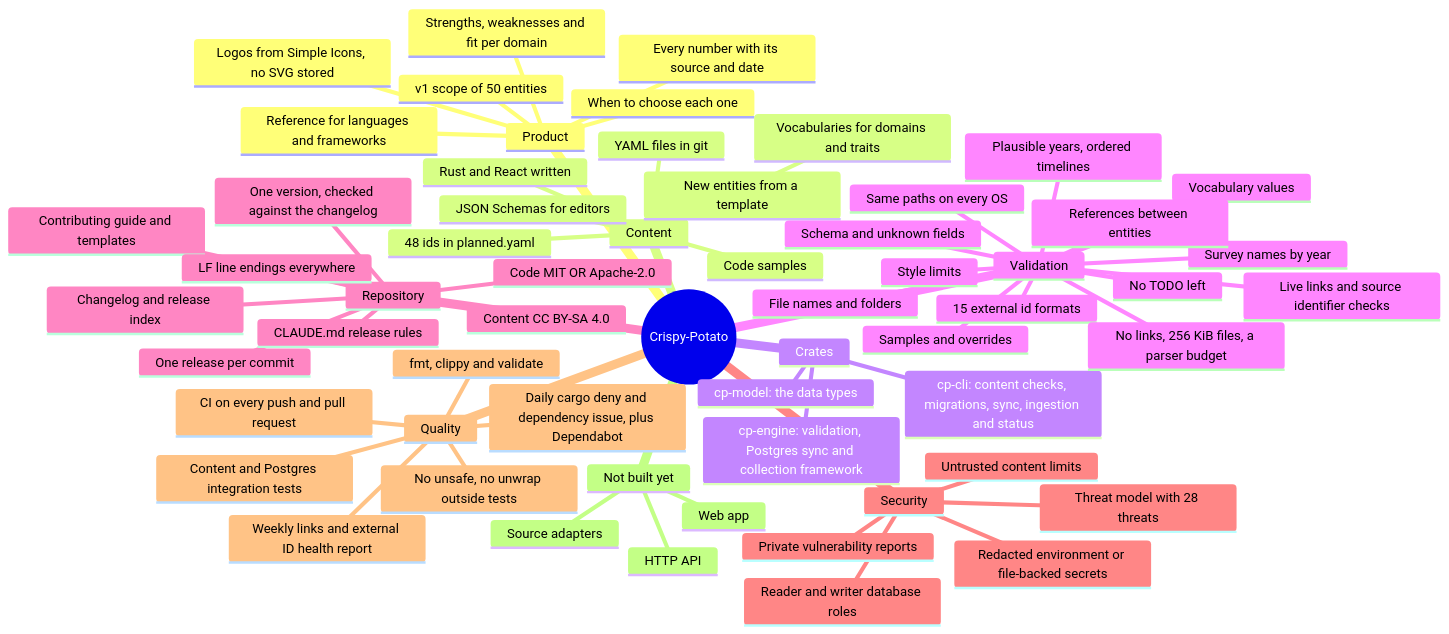
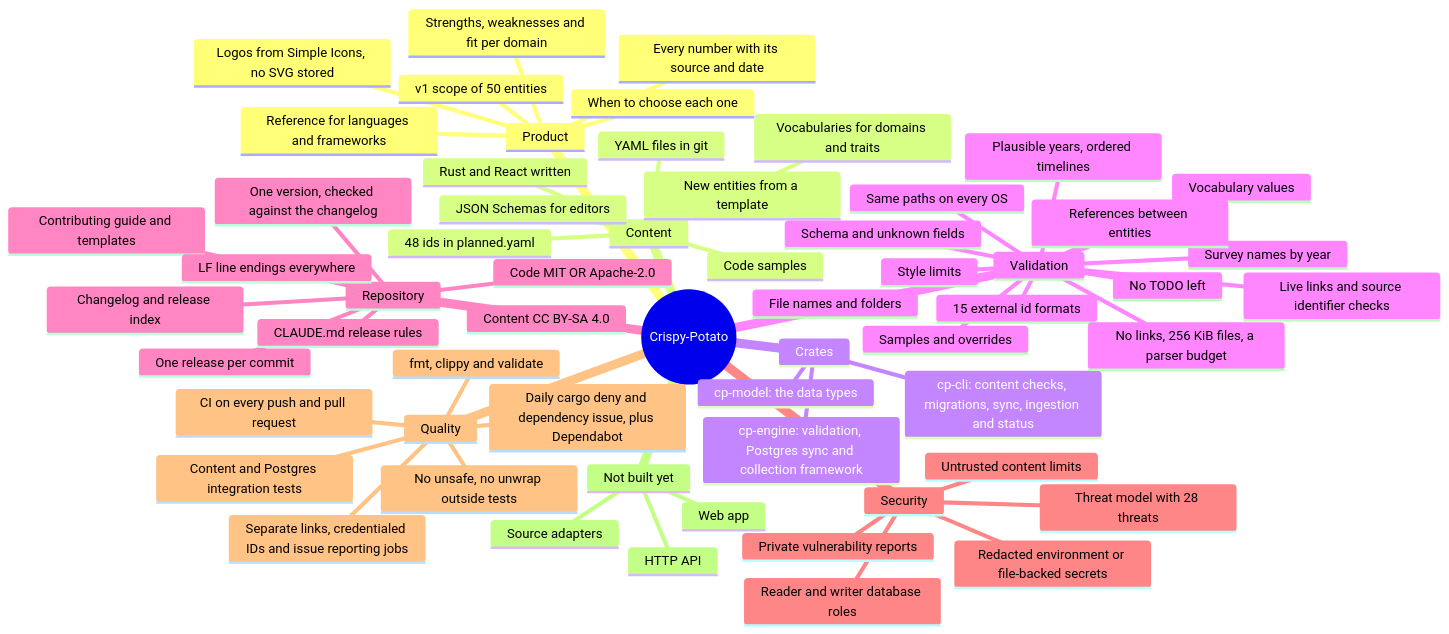
Before and after one commit to winksen/Crispy-Potato: the first of 2 diagrams in docs/MINDMAP.md, drawn with Mermaid. The commit also changed other lines of this file and 12 other files, not shown here.

````diff
--- a/docs/MINDMAP.md
+++ b/docs/MINDMAP.md
@@ -11,63 +11,63 @@
 ```mermaid
 mindmap
   root((Crispy-Potato))
     Product
       Reference for languages and frameworks
       Strengths, weaknesses and fit per domain
       When to choose each one
       Every number with its source and date
       Logos from Simple Icons, no SVG stored
       v1 scope of 50 entities
     Content
       YAML files in git
       JSON Schemas for editors
       New entities from a template
       Rust and React written
       48 ids in planned.yaml
       Vocabularies for domains and traits
       Code samples
     Crates
       cp-model: the data types
       cp-engine: validation, Postgres sync and collection framework
       cp-cli: content checks, migrations, sync, ingestion and status
     Validation
       Schema and unknown fields
       15 external id formats
       Live links and source identifier checks
       Survey names by year
       Plausible years, ordered timelines
       File names and folders
       Vocabulary values
       References between entities
       Style limits
       Samples and overrides
       Same paths on every OS
       No links, 256 KiB files, a parser budget
       No TODO left
     Repository
       Code MIT OR Apache-2.0
       Content CC BY-SA 4.0
       One release per commit
       One version, checked against the changelog
       Changelog and release index
       CLAUDE.md release rules
       Contributing guide and templates
       LF line endings everywhere
     Security
       Threat model with 28 threats
       Untrusted content limits
       Reader and writer database roles
       Redacted environment or file-backed secrets
       Private vulnerability reports
     Quality
       Content and Postgres integration tests
       fmt, clippy and validate
       No unsafe, no unwrap outside tests
       CI on every push and pull request
-      Weekly links and external ID health report
+      Separate links, credentialed IDs and issue reporting jobs
       Daily cargo deny and dependency issue, plus Dependabot
     Not built yet
       Source adapters
       HTTP API
       Web app
 ```
````
